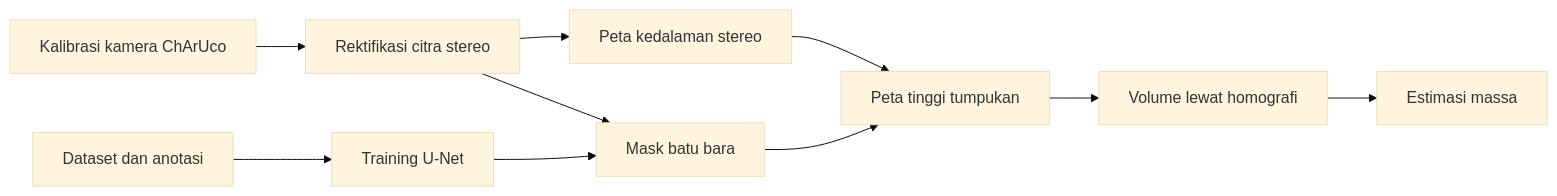
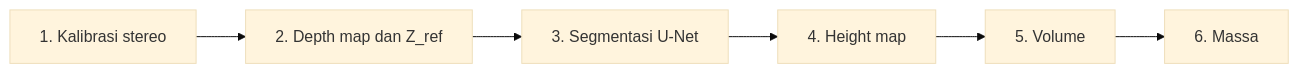
One commit to feninadevianti/coal-mass-estimation-cv changed the diagram in README.md. Above: the diagram before and after it, drawn with Mermaid (base theme). The commit also changed other lines of this file and 1 other file, not shown here.

````diff
--- a/README.md
+++ b/README.md
@@ -41,12 +31,4 @@
 ```mermaid
 flowchart LR
-    A[Kalibrasi kamera ChArUco] --> B[Rektifikasi citra stereo]
-    B --> C[Peta kedalaman stereo]
-    D[Dataset dan anotasi] --> E[Training U-Net]
-    E --> F[Mask batu bara]
-    B --> F
-    C --> G[Peta tinggi tumpukan]
-    F --> G
-    G --> H[Volume lewat homografi]
-    H --> I[Estimasi massa]
+    A["1. Kalibrasi stereo"] --> B["2. Depth map dan Z_ref"] --> C["3. Segmentasi U-Net"] --> D["4. Height map"] --> E["5. Volume"] --> F["6. Massa"]
 ```
````
